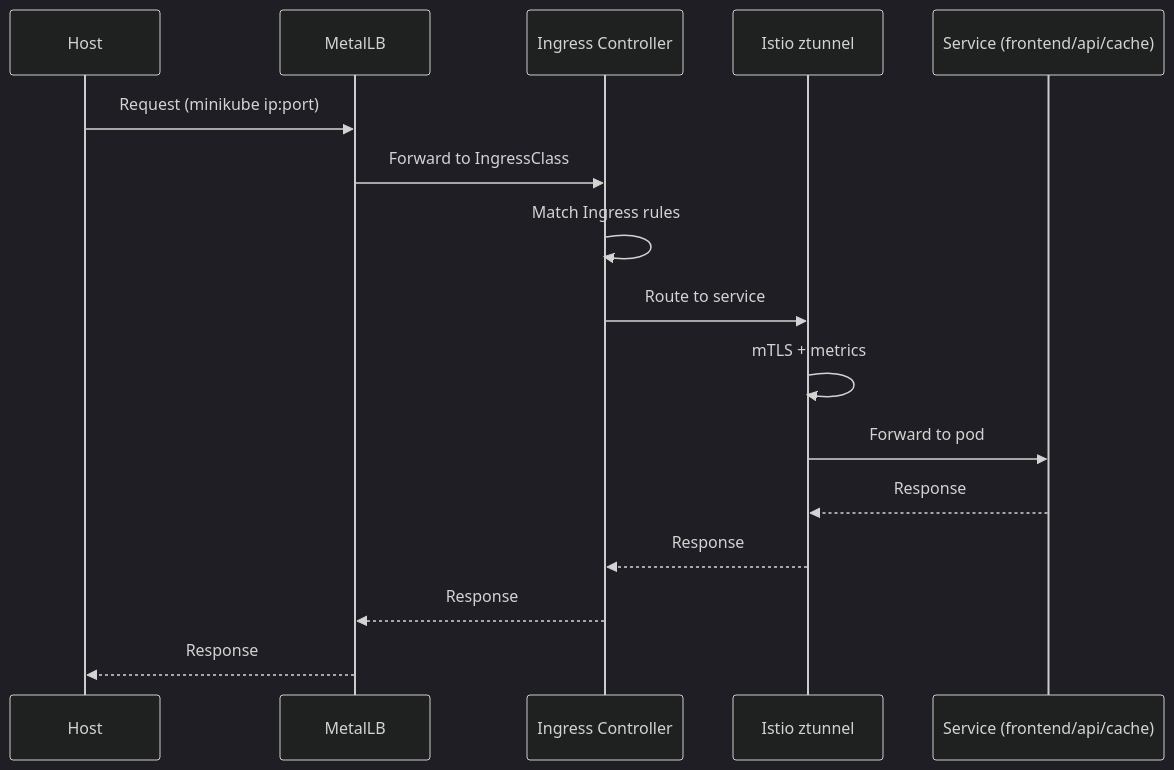
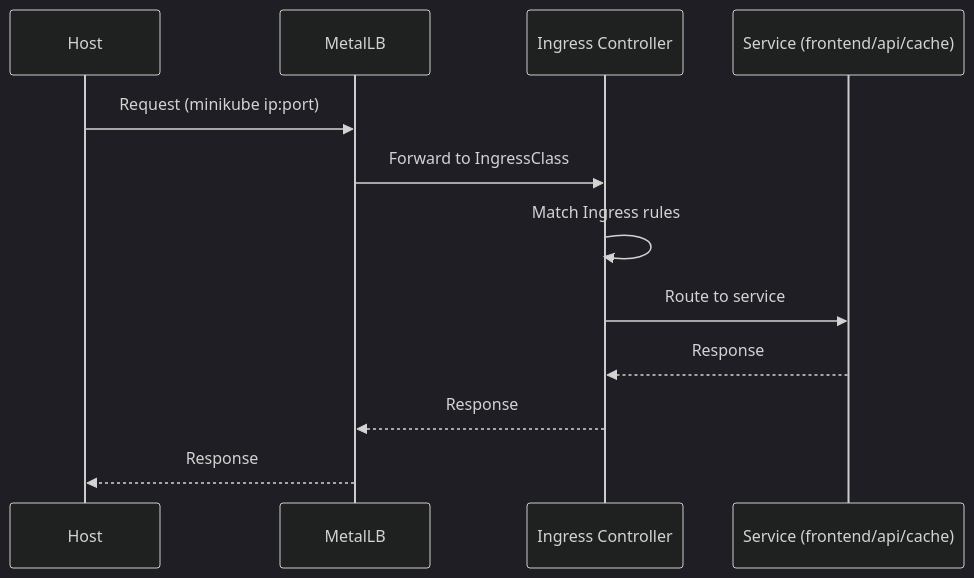
Before and after one commit to xavier-gallofre/k8s-deployer-playground: the second of 3 diagrams in docs/arquitectura.md, drawn with Mermaid (dark theme). The commit also changed other lines of this file and 2 other files, not shown here.

````diff
--- a/docs/arquitectura.md
+++ b/docs/arquitectura.md
@@ -53,19 +51,15 @@
 ```mermaid
 sequenceDiagram
     participant H as Host
     participant LB as MetalLB
     participant ING as Ingress Controller
-    participant IST as Istio ztunnel
     participant Svc as Service (frontend/api/cache)
 
     H->>LB: Request (minikube ip:port)
     LB->>ING: Forward to IngressClass
     ING->>ING: Match Ingress rules
-    ING->>IST: Route to service
-    IST->>IST: mTLS + metrics
-    IST->>Svc: Forward to pod
-    Svc-->>IST: Response
-    IST-->>ING: Response
+    ING->>Svc: Route to service
+    Svc-->>ING: Response
     ING-->>LB: Response
     LB-->>H: Response
 ```
````
